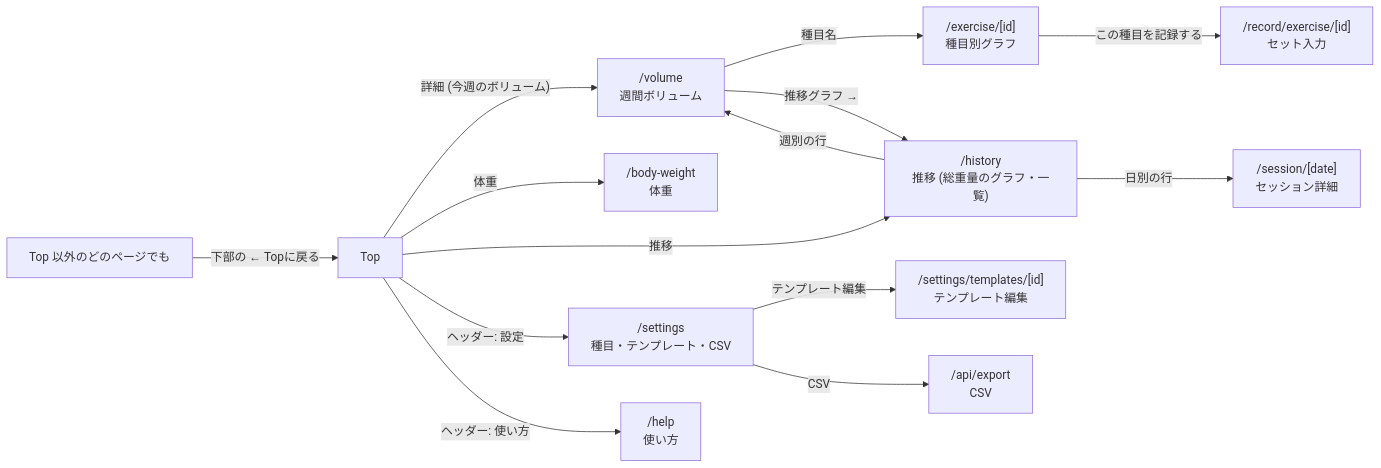
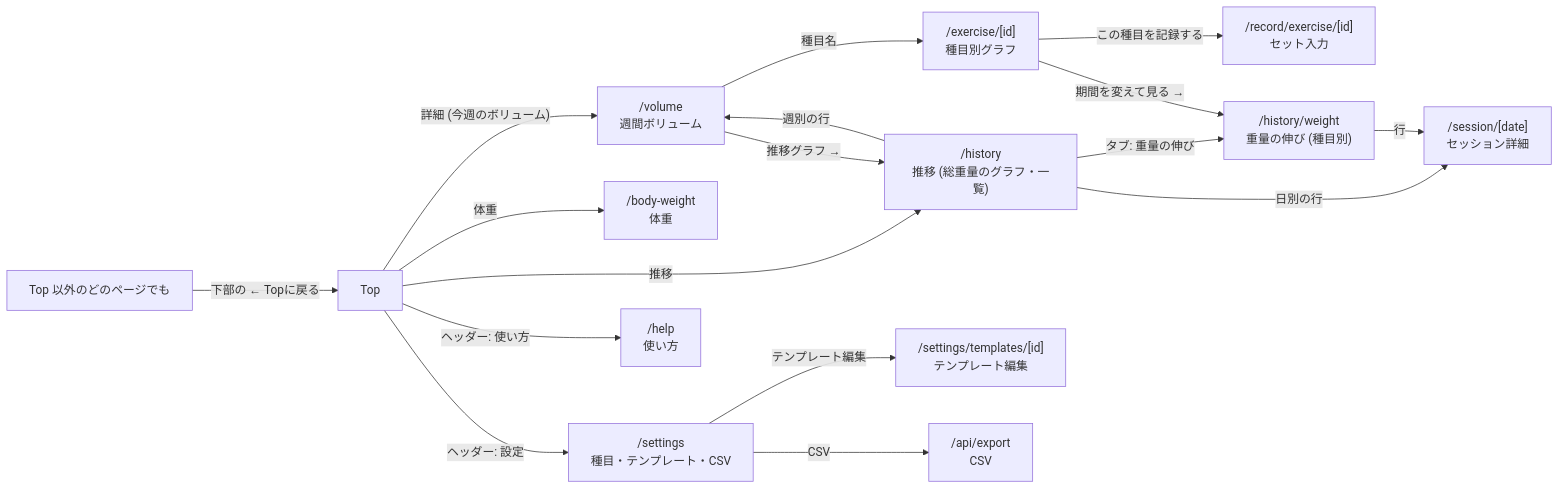
One commit to mojiki/repz changed the tenth of 19 diagrams in README.md. Above: the diagram before and after it, drawn with Mermaid. The commit also changed other lines of this file and 9 other files, not shown here.

First line of the commit message:
Add /history/weight: per-exercise weight progression (max weight, e1RM, PR days)

````diff
--- a/README.md
+++ b/README.md
@@ -787,16 +800,19 @@
 ```mermaid
 flowchart LR
     ANY["Top 以外のどのページでも"] -->|"下部の ← Topに戻る"| TOP["Top"]
     TOP -->|"詳細 (今週のボリューム)"| VOL["/volume<br/>週間ボリューム"]
     VOL -->|種目名| EH["/exercise/[id]<br/>種目別グラフ"]
     EH -->|"この種目を記録する"| EX["/record/exercise/[id]<br/>セット入力"]
     TOP -->|体重| BW["/body-weight<br/>体重"]
     TOP -->|推移| HIST["/history<br/>推移 (総重量のグラフ・一覧)"]
     VOL -->|"推移グラフ →"| HIST
     HIST -->|"日別の行"| SES["/session/[date]<br/>セッション詳細"]
     HIST -->|"週別の行"| VOL
+    HIST -->|"タブ: 重量の伸び"| HW["/history/weight<br/>重量の伸び (種目別)"]
+    EH -->|"期間を変えて見る →"| HW
+    HW -->|"行"| SES
     TOP -->|"ヘッダー: 設定"| SET["/settings<br/>種目・テンプレート・CSV"]
     SET -->|テンプレート編集| TE["/settings/templates/[id]<br/>テンプレート編集"]
     SET -->|CSV| API["/api/export<br/>CSV"]
     TOP -->|"ヘッダー: 使い方"| HELP["/help<br/>使い方"]
 ```
````
